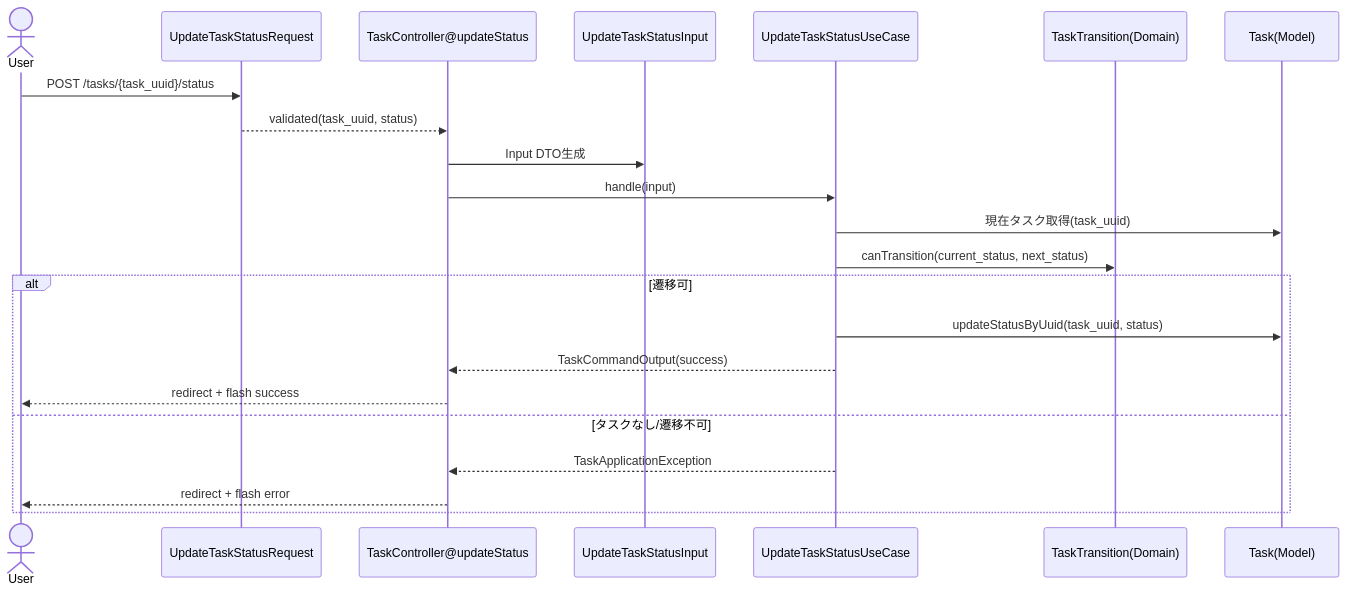
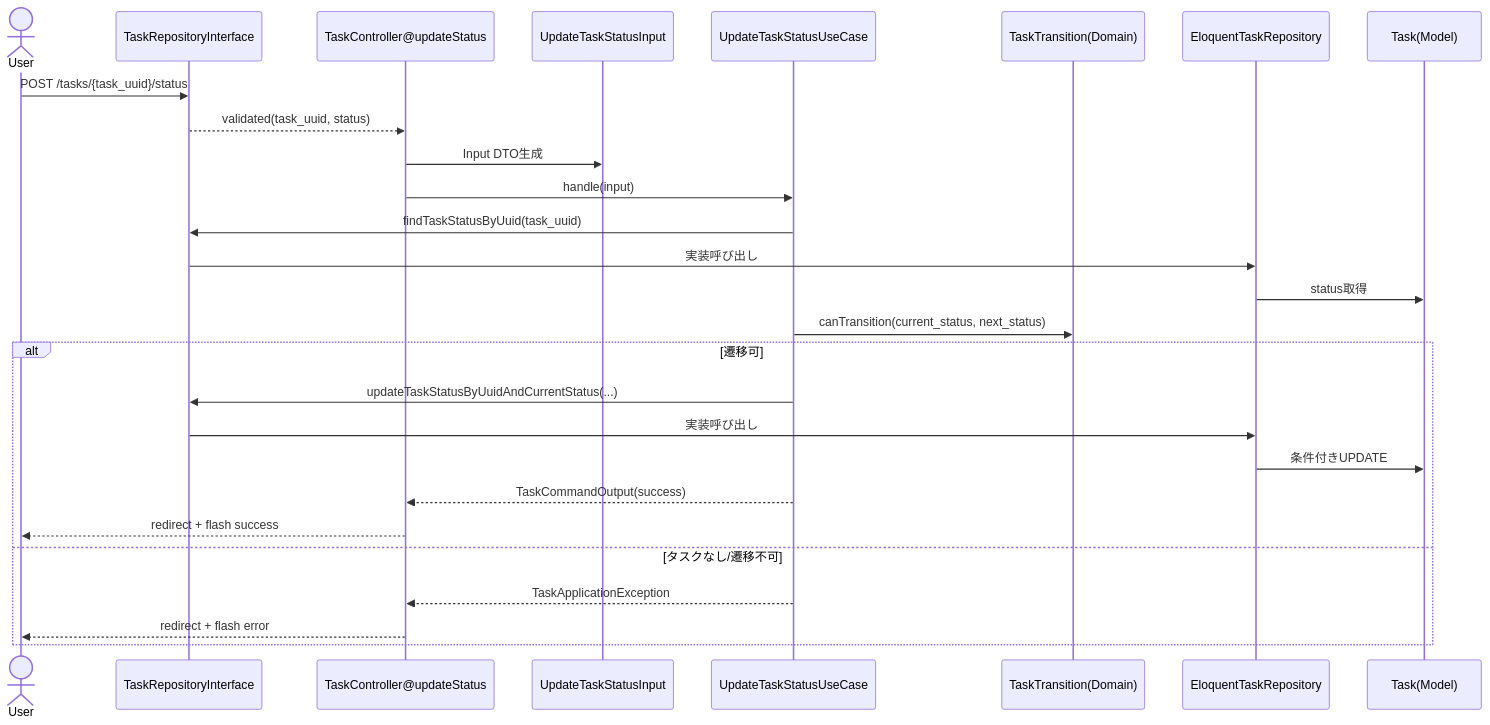
One commit to pasgroup/laravel-playground changed the fourth of 5 diagrams in docs/task-usecase-data-flow.md. Above: the diagram before and after it, drawn with Mermaid. The commit also changed other lines of this file and 15 other files, not shown here.

````diff
--- a/docs/task-usecase-data-flow.md
+++ b/docs/task-usecase-data-flow.md
@@ -78,25 +91,31 @@
 ```mermaid
 sequenceDiagram
     actor U as User
     participant R as UpdateTaskStatusRequest
     participant C as TaskController@updateStatus
     participant D as UpdateTaskStatusInput
     participant UU as UpdateTaskStatusUseCase
     participant TT as TaskTransition(Domain)
+    participant R as TaskRepositoryInterface
+    participant ER as EloquentTaskRepository
     participant T as Task(Model)
 
     U->>R: POST /tasks/{task_uuid}/status
     R-->>C: validated(task_uuid, status)
     C->>D: Input DTO生成
     C->>UU: handle(input)
-    UU->>T: 現在タスク取得(task_uuid)
+    UU->>R: findTaskStatusByUuid(task_uuid)
+    R->>ER: 実装呼び出し
+    ER->>T: status取得
     UU->>TT: canTransition(current_status, next_status)
     alt 遷移可
-        UU->>T: updateStatusByUuid(task_uuid, status)
+        UU->>R: updateTaskStatusByUuidAndCurrentStatus(...)
+        R->>ER: 実装呼び出し
+        ER->>T: 条件付きUPDATE
         UU-->>C: TaskCommandOutput(success)
         C-->>U: redirect + flash success
     else タスクなし/遷移不可
         UU-->>C: TaskApplicationException
         C-->>U: redirect + flash error
     end
 ```
````
